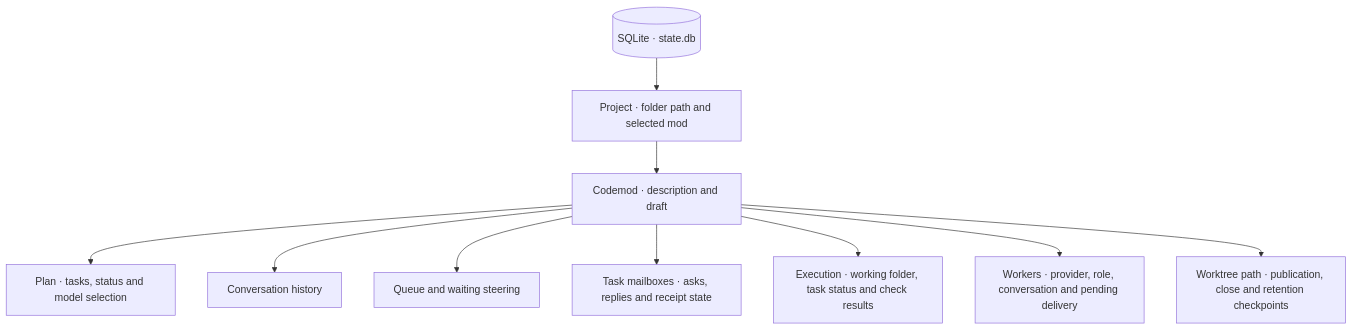
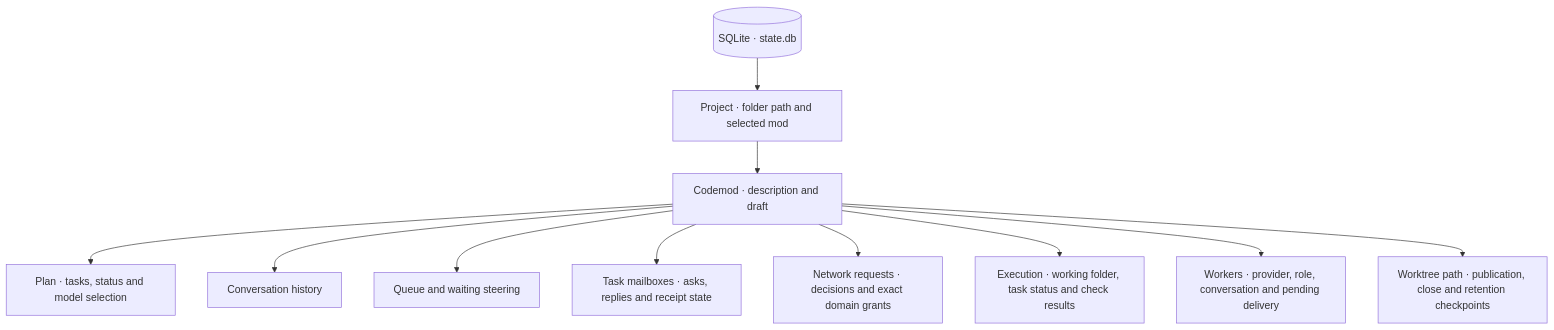
The diagram in docs/local-state.md (minimumeffort-dev/sprowt.harness), drawn with Mermaid before and after one commit. The commit also changed other lines of this file and 15 other files, not shown here.

Commit message:
Add codemod network requests with host approval and worker retry

````diff
--- a/docs/local-state.md
+++ b/docs/local-state.md
@@ -5,12 +5,13 @@
 ```mermaid
 flowchart TB
     database[("SQLite · state.db")] --> project["Project · folder path and selected mod"]
     project --> mod["Codemod · description and draft"]
     mod --> plan["Plan · tasks, status and model selection"]
     mod --> messages["Conversation history"]
     mod --> pending["Queue and waiting steering"]
     mod --> mail["Task mailboxes · asks, replies and receipt state"]
+    mod --> network["Network requests · decisions and exact domain grants"]
     mod --> execution["Execution · working folder, task status and check results"]
     mod --> workers["Workers · provider, role, conversation and pending delivery"]
     mod --> git["Worktree path · publication, close and retention checkpoints"]
 ```
````
